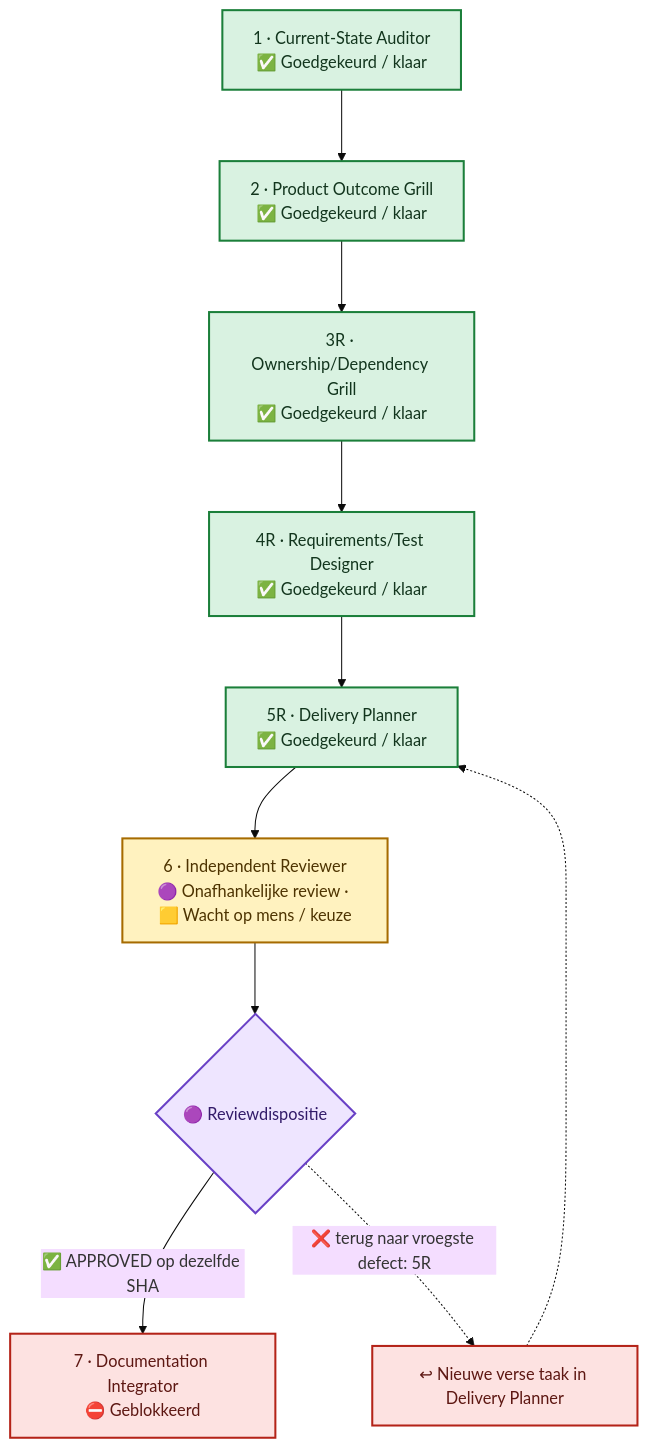
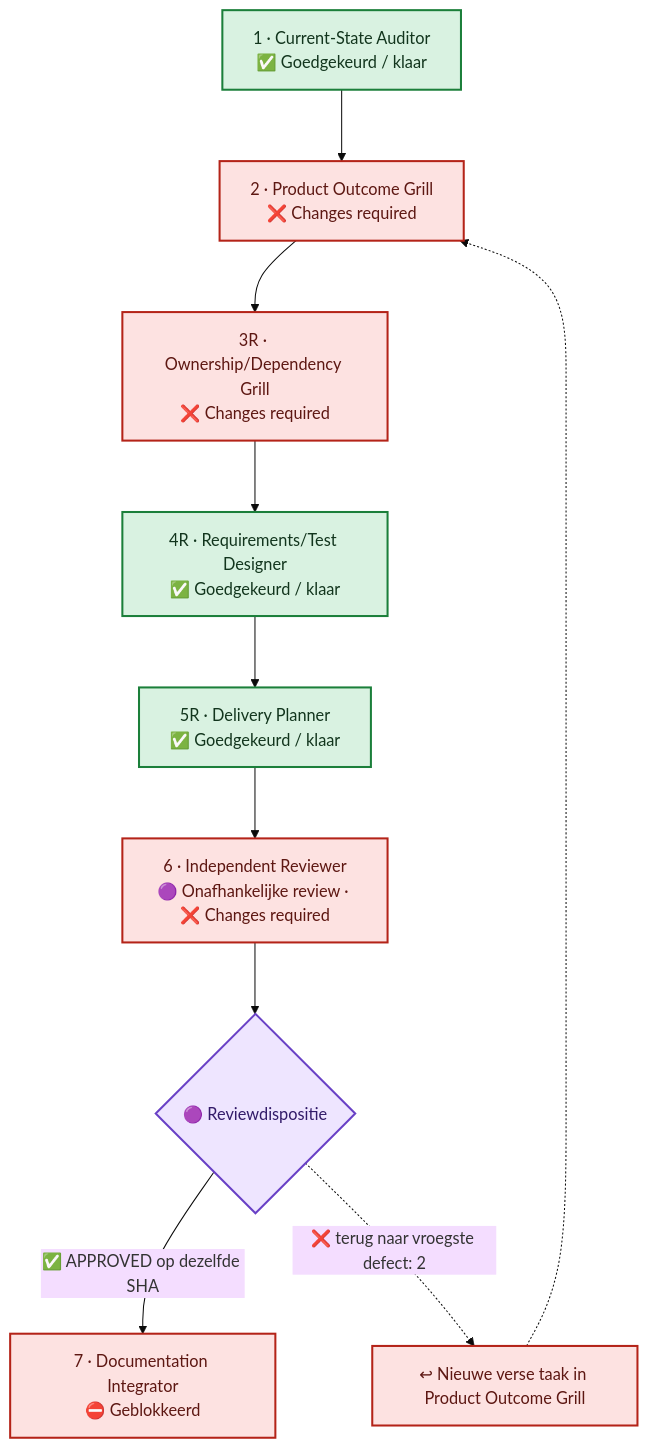
One commit to Jandesch91/n1-bioforge-requirements-cockpit changed the diagram in flow.mmd. Above: the diagram before and after it, drawn with Mermaid (base theme). The commit also changed 4 other files, not shown here.

Commit message:
chore(cockpit): record the 06R9 verdict and the return to Phase 2

```diff
--- a/flow.mmd
+++ b/flow.mmd
@@ -1,32 +1,32 @@
 %%{init: {"flowchart": {"curve": "basis", "nodeSpacing": 60, "rankSpacing": 70, "htmlLabels": true}}}%%
 flowchart TB
     %% A vertical main lane prevents crossing arrows. The review return uses one side lane.
     phase_1["1 · Current-State Auditor<br/>✅ Goedgekeurd / klaar"]
-    phase_2["2 · Product Outcome Grill<br/>✅ Goedgekeurd / klaar"]
-    phase_3r["3R · Ownership/Dependency Grill<br/>✅ Goedgekeurd / klaar"]
+    phase_2["2 · Product Outcome Grill<br/>❌ Changes required"]
+    phase_3r["3R · Ownership/Dependency Grill<br/>❌ Changes required"]
     phase_4r["4R · Requirements/Test Designer<br/>✅ Goedgekeurd / klaar"]
     phase_5r["5R · Delivery Planner<br/>✅ Goedgekeurd / klaar"]
-    phase_6["6 · Independent Reviewer<br/>🟣 Onafhankelijke review · 🟨 Wacht op mens / keuze"]
+    phase_6["6 · Independent Reviewer<br/>🟣 Onafhankelijke review · ❌ Changes required"]
     phase_7["7 · Documentation Integrator<br/>⛔ Geblokkeerd"]
     phase_1 --> phase_2 --> phase_3r --> phase_4r --> phase_5r --> phase_6
     review_decision{"🟣 Reviewdispositie"}
     phase_6 --> review_decision
     review_decision -->|"✅ APPROVED op dezelfde SHA"| phase_7
-    review_decision -.->|"❌ terug naar vroegste defect: 5R"| return_lane["↩ Nieuwe verse taak in Delivery Planner"]
-    return_lane -.-> phase_5r
+    review_decision -.->|"❌ terug naar vroegste defect: 2"| return_lane["↩ Nieuwe verse taak in Product Outcome Grill"]
+    return_lane -.-> phase_2
     classDef approved fill:#D9F2E1,stroke:#1B7F3A,color:#12351D,stroke-width:2px
     classDef inprogress fill:#DCEBFF,stroke:#2463A6,color:#12304F,stroke-width:2px
     classDef human fill:#FFF2BF,stroke:#A66B00,color:#4D3300,stroke-width:2px
     classDef changes fill:#FDE2E1,stroke:#B42318,color:#5D1712,stroke-width:2px
     classDef blocked fill:#FDE2E1,stroke:#B42318,color:#5D1712,stroke-width:2px
     classDef notstarted fill:#F2F4F7,stroke:#667085,color:#344054,stroke-width:2px
     classDef review fill:#EEE5FF,stroke:#6941C6,color:#321B69,stroke-width:2px
     class phase_1 approved
-    class phase_2 approved
-    class phase_3r approved
+    class phase_2 changes
+    class phase_3r changes
     class phase_4r approved
     class phase_5r approved
-    class phase_6 human
+    class phase_6 changes
     class phase_7 blocked
     class return_lane blocked
     class review_decision review
```
